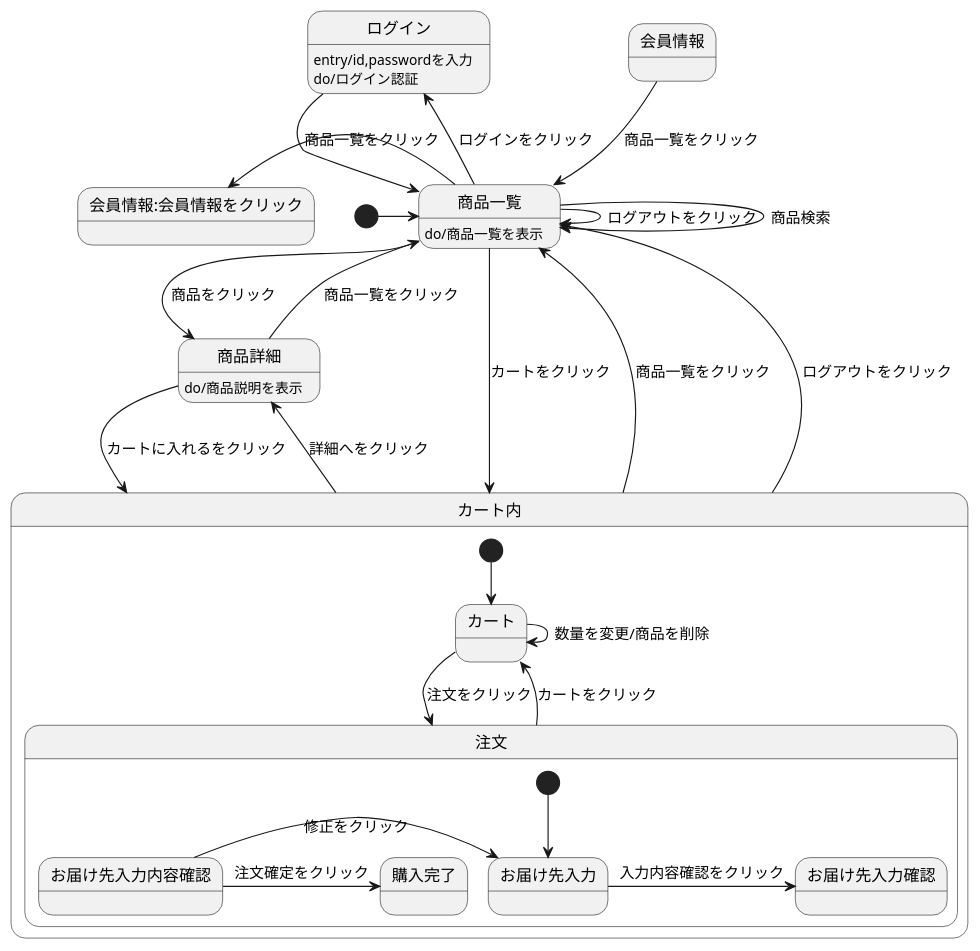
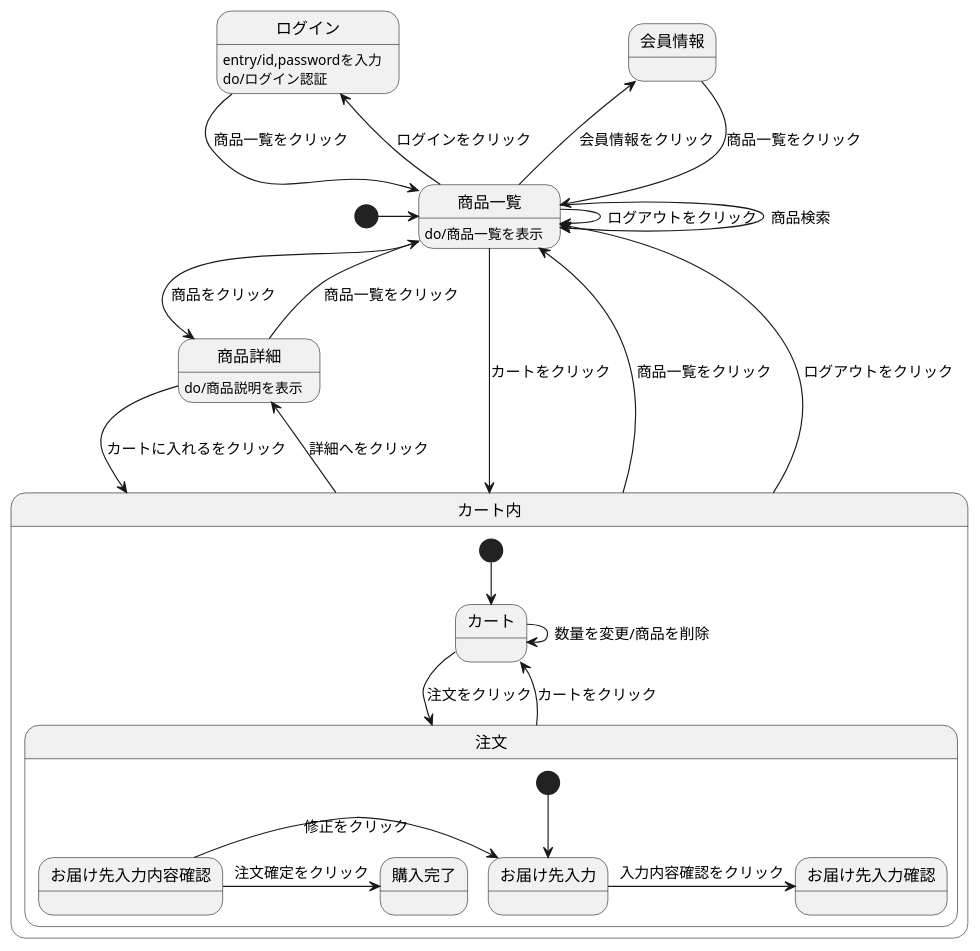
The diagram in stm01.md (Aso2001160/2021sys-design), drawn with PlantUML before and after one commit.

````diff
--- a/stm01.md
+++ b/stm01.md
@@ -1,35 +1,35 @@
 ```uml
 @startuml
 [*] -> 商品一覧
 会員情報-->商品一覧 :商品一覧をクリック
 ログイン-->商品一覧 :商品一覧をクリック
 ログイン:entry/id,passwordを入力
 ログイン:do/ログイン認証
 商品一覧 --> 商品一覧 :ログアウトをクリック
 商品一覧-->商品一覧 :商品検索
 商品一覧->商品詳細 :商品をクリック
-商品一覧 -left-> 会員情報:会員情報をクリック
+商品一覧 -left-> 会員情報 :会員情報をクリック
 商品一覧 -up-> ログイン :ログインをクリック
 商品一覧 -->カート内 :カートをクリック
 商品一覧:do/商品一覧を表示
 商品詳細-->カート内 :カートに入れるをクリック
 商品詳細-->商品一覧 :商品一覧をクリック
 商品詳細:do/商品説明を表示
 カート内 -up-> 商品一覧 :商品一覧をクリック
 カート内 -up-> 商品一覧 :ログアウトをクリック
 カート内->商品詳細 :詳細へをクリック
 
 state カート内{
 [*]-->カート
 カート->注文 :注文をクリック
 カート->カート :数量を変更/商品を削除
 注文-->カート :カートをクリック
   state 注文{
   [*]-->お届け先入力
   お届け先入力->お届け先入力確認 :入力内容確認をクリック
   お届け先入力内容確認->お届け先入力 :修正をクリック
   お届け先入力内容確認->購入完了 :注文確定をクリック
   }
 }
 @enduml
 ```
````
